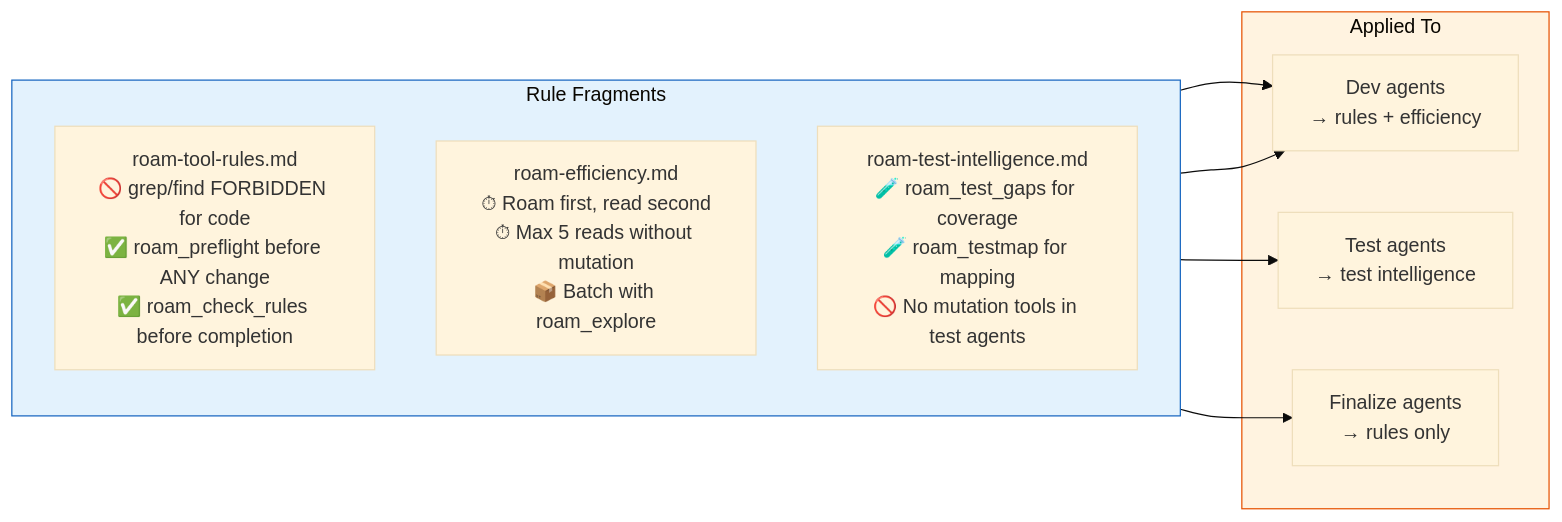
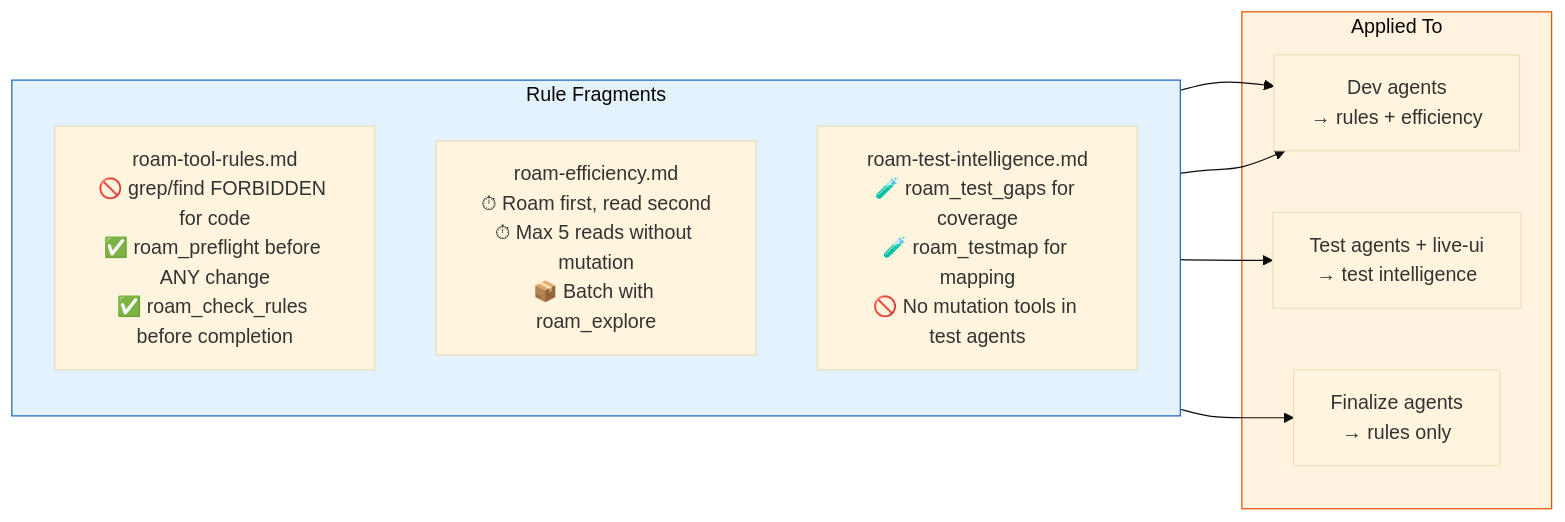
One commit to RomanKaliupinMelonusa/DAGent-t changed the ninth of 10 diagrams in tools/autonomous-factory/docs/02-roam-code.md. Above: the diagram before and after it, drawn with Mermaid (base theme). The commit also changed other lines of this file and 2 other files, not shown here.

First line of the commit message:
Integrate live-ui AST-driven E2E into docs

````diff
--- a/tools/autonomous-factory/docs/02-roam-code.md
+++ b/tools/autonomous-factory/docs/02-roam-code.md
@@ -264,22 +266,22 @@
 ```mermaid
 flowchart LR
     subgraph RULES ["Rule Fragments"]
         direction TB
         R1["roam-tool-rules.md\n🚫 grep/find FORBIDDEN for code\n✅ roam_preflight before ANY change\n✅ roam_check_rules before completion"]
         R2["roam-efficiency.md\n⏱ Roam first, read second\n⏱ Max 5 reads without mutation\n📦 Batch with roam_explore"]
         R3["roam-test-intelligence.md\n🧪 roam_test_gaps for coverage\n🧪 roam_testmap for mapping\n🚫 No mutation tools in test agents"]
     end
 
     subgraph APPLIED ["Applied To"]
         DEV["Dev agents\n→ rules + efficiency"]
-        TEST["Test agents\n→ test intelligence"]
+        TEST["Test agents + live-ui\n→ test intelligence"]
         FIN["Finalize agents\n→ rules only"]
     end
 
     R1 --> DEV & FIN
     R2 --> DEV
     R3 --> TEST
 
     style RULES fill:#e3f2fd,stroke:#1565c0
     style APPLIED fill:#fff3e0,stroke:#e65100
 ```
````
